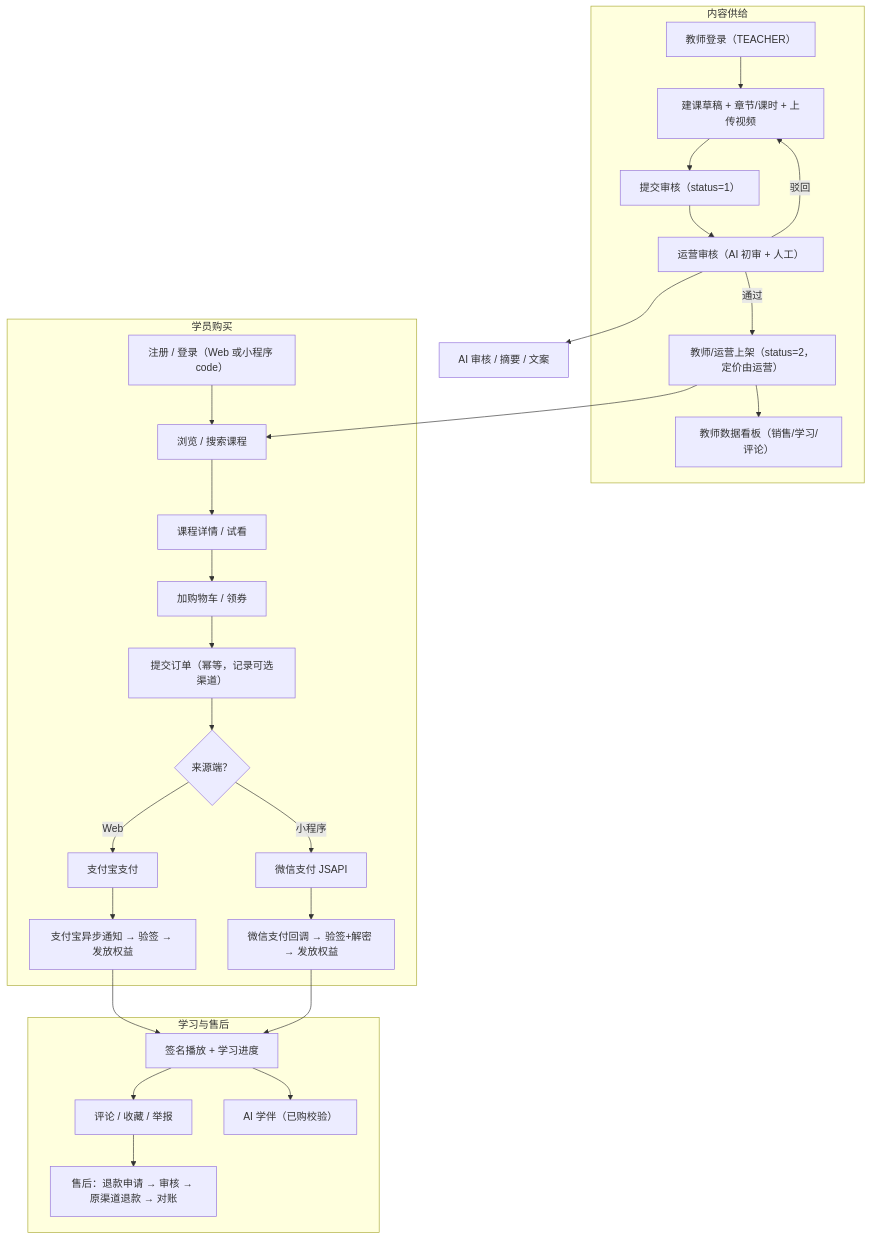
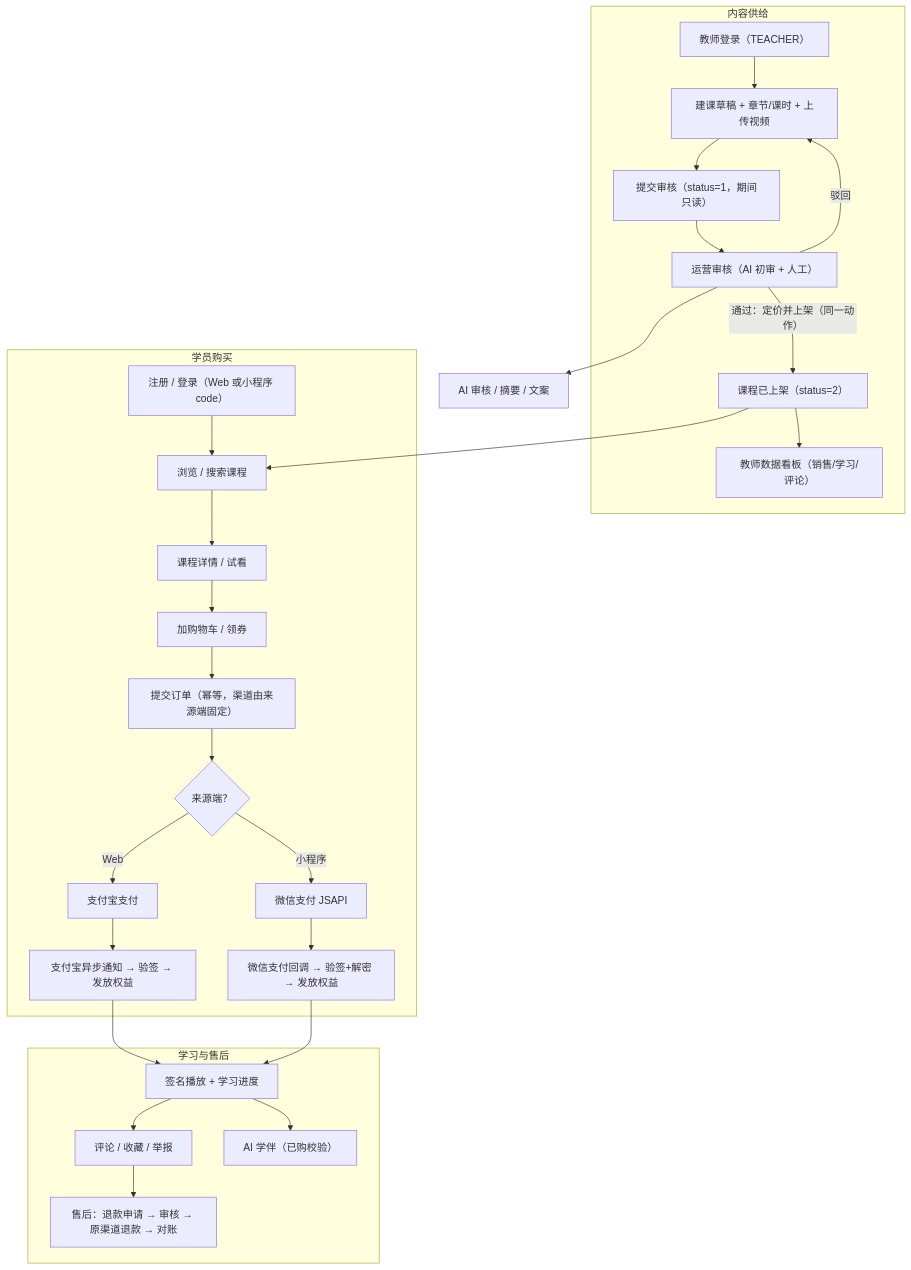
The first of 8 diagrams in docs/06-engineering-plan.md (HH112-ux/lesson-platform), drawn with Mermaid before and after one commit. The commit also changed other lines of this file and 1 other file, not shown here.

````diff
--- a/docs/06-engineering-plan.md
+++ b/docs/06-engineering-plan.md
@@ -114,34 +118,34 @@
 ```mermaid
 flowchart TB
     subgraph 内容供给
         T1["教师登录（TEACHER）"] --> T2["建课草稿 + 章节/课时 + 上传视频"]
-        T2 --> T3["提交审核（status=1）"]
+        T2 --> T3["提交审核（status=1，期间只读）"]
         T3 --> T4["运营审核（AI 初审 + 人工）"]
-        T4 -->|通过| T5["教师/运营上架（status=2，定价由运营）"]
+        T4 -->|"通过：定价并上架（同一动作）"| T5["课程已上架（status=2）"]
         T4 -->|驳回| T2
         T5 --> T6["教师数据看板（销售/学习/评论）"]
     end
 
     subgraph 学员购买
         A["注册 / 登录（Web 或小程序 code）"] --> B["浏览 / 搜索课程"]
         B --> C["课程详情 / 试看"]
         C --> D["加购物车 / 领券"]
-        D --> E["提交订单（幂等，记录可选渠道）"]
+        D --> E["提交订单（幂等，渠道由来源端固定）"]
         E --> P{"来源端？"}
         P -->|Web| P1["支付宝支付"]
         P -->|小程序| P2["微信支付 JSAPI"]
         P1 --> G1["支付宝异步通知 → 验签 → 发放权益"]
         P2 --> G2["微信支付回调 → 验签+解密 → 发放权益"]
     end
 
     subgraph 学习与售后
         G1 --> H["签名播放 + 学习进度"]
         G2 --> H
         H --> I["评论 / 收藏 / 举报"]
         I --> J["售后：退款申请 → 审核 → 原渠道退款 → 对账"]
         H --> K["AI 学伴（已购校验）"]
     end
 
     T5 --> B
     T4 --> L["AI 审核 / 摘要 / 文案"]
 ```
````
